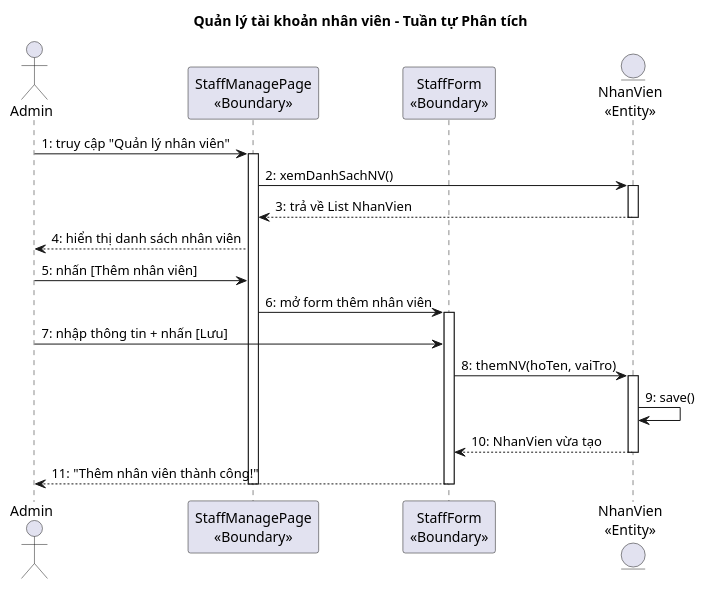
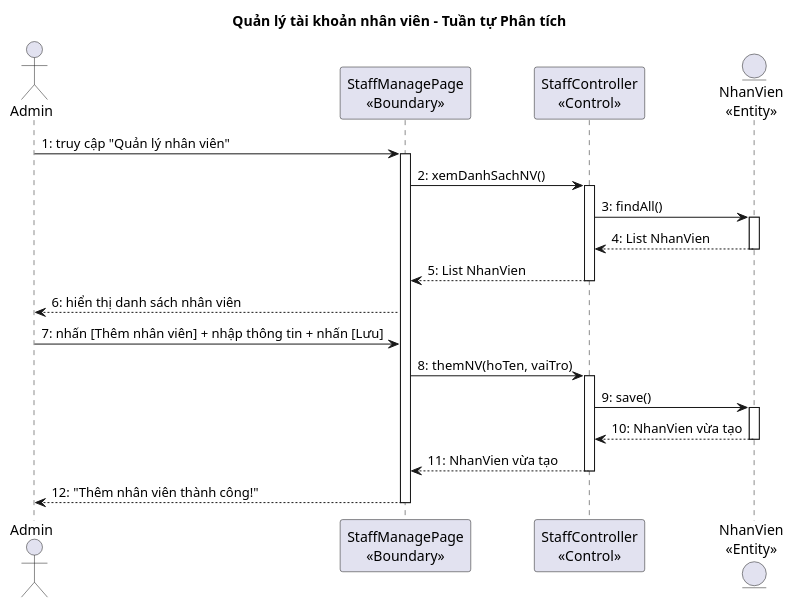
The fifth of 5 diagrams in docs/tabs/section-account-ii.md (thanhtrnnn/cnpm), drawn with PlantUML before and after one commit. The commit also changed other lines of this file and 10 other files, not shown here.

````diff
--- a/docs/tabs/section-account-ii.md
+++ b/docs/tabs/section-account-ii.md
@@ -422,31 +454,34 @@
 ```plantuml
 @startuml
 title Quản lý tài khoản nhân viên – Tuần tự Phân tích
 
 actor "Admin" as Admin
 participant "StaffManagePage\n<<Boundary>>" as B1
-participant "StaffForm\n<<Boundary>>" as B2
+participant "StaffController\n<<Control>>" as C1
 entity "NhanVien\n<<Entity>>" as E1
 
 Admin -> B1 : 1: truy cập "Quản lý nhân viên"
 activate B1
-B1 -> E1 : 2: xemDanhSachNV()
+B1 -> C1 : 2: xemDanhSachNV()
+activate C1
+C1 -> E1 : 3: findAll()
 activate E1
-E1 --> B1 : 3: trả về List NhanVien
+E1 --> C1 : 4: List NhanVien
 deactivate E1
-B1 --> Admin : 4: hiển thị danh sách nhân viên
+C1 --> B1 : 5: List NhanVien
+deactivate C1
+B1 --> Admin : 6: hiển thị danh sách nhân viên
 
-Admin -> B1 : 5: nhấn [Thêm nhân viên]
-B1 -> B2 : 6: mở form thêm nhân viên
-activate B2
-Admin -> B2 : 7: nhập thông tin + nhấn [Lưu]
-B2 -> E1 : 8: themNV(hoTen, vaiTro)
+Admin -> B1 : 7: nhấn [Thêm nhân viên] + nhập thông tin + nhấn [Lưu]
+B1 -> C1 : 8: themNV(hoTen, vaiTro)
+activate C1
+C1 -> E1 : 9: save()
 activate E1
-E1 -> E1 : 9: save()
-E1 --> B2 : 10: NhanVien vừa tạo
+E1 --> C1 : 10: NhanVien vừa tạo
 deactivate E1
-B2 --> Admin : 11: "Thêm nhân viên thành công!"
-deactivate B2
+C1 --> B1 : 11: NhanVien vừa tạo
+deactivate C1
+B1 --> Admin : 12: "Thêm nhân viên thành công!"
 deactivate B1
 @enduml
 ```
````
